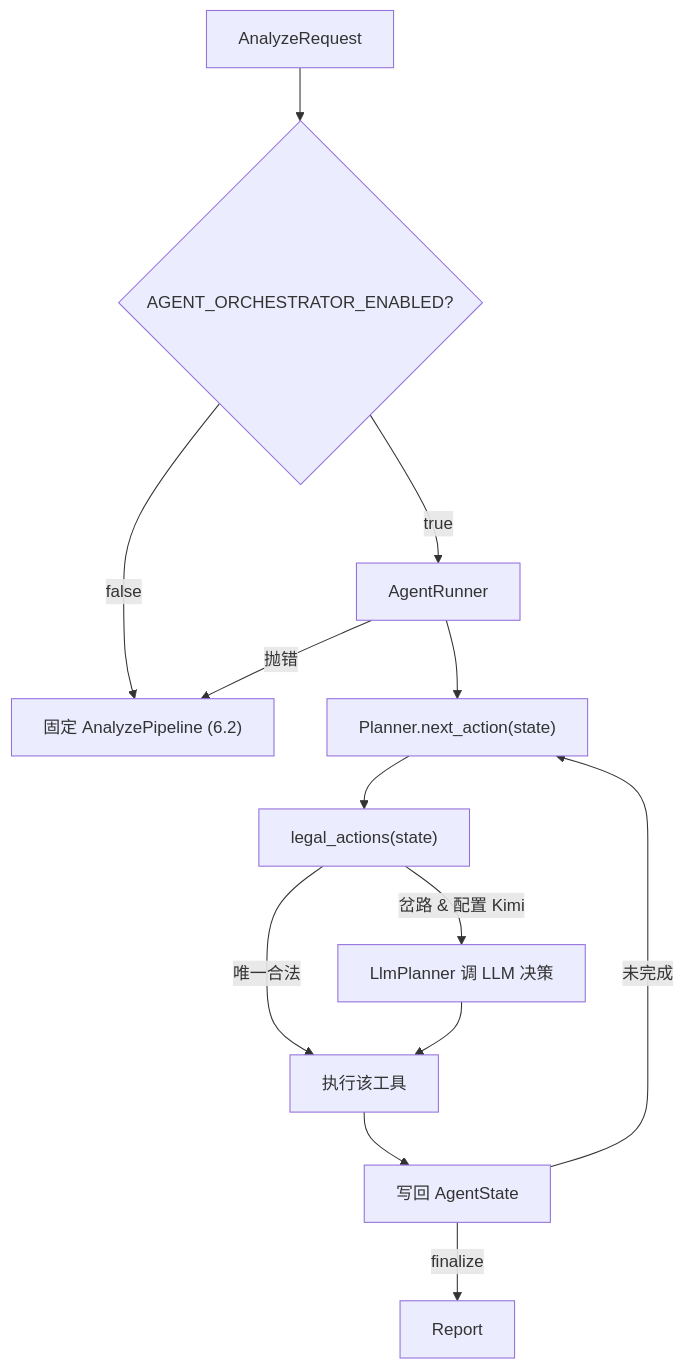
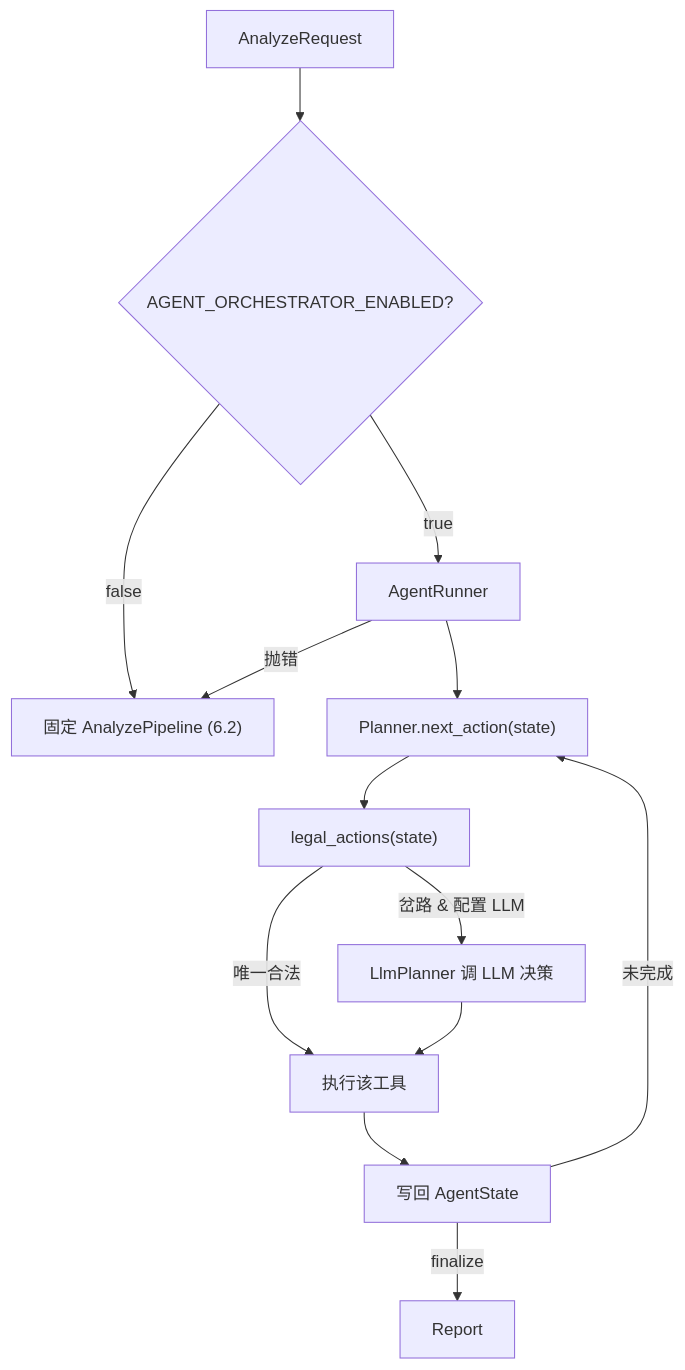
Before and after one commit to forwaryan/rumor-checking: the fifth of 6 diagrams in docs/current-code-architecture-guide.md, drawn with Mermaid. The commit also changed other lines of this file and 5 other files, not shown here.

````diff
--- a/docs/current-code-architecture-guide.md
+++ b/docs/current-code-architecture-guide.md
@@ -280,15 +286,15 @@
 ```mermaid
 flowchart TD
     REQ["AnalyzeRequest"] --> SW{"AGENT_ORCHESTRATOR_ENABLED?"}
     SW -->|false| PIPE["固定 AnalyzePipeline (6.2)"]
     SW -->|true| RUN["AgentRunner"]
     RUN --> PLAN["Planner.next_action(state)"]
     PLAN --> LEGAL["legal_actions(state)"]
     LEGAL -->|唯一合法| TOOL["执行该工具"]
-    LEGAL -->|岔路 & 配置 Kimi| LLM["LlmPlanner 调 LLM 决策"]
+    LEGAL -->|岔路 & 配置 LLM| LLM["LlmPlanner 调 LLM 决策"]
     LLM --> TOOL
     TOOL --> STATE["写回 AgentState"]
     STATE -->|未完成| PLAN
     STATE -->|finalize| REPORT["Report"]
     RUN -->|抛错| PIPE
 ```
````
